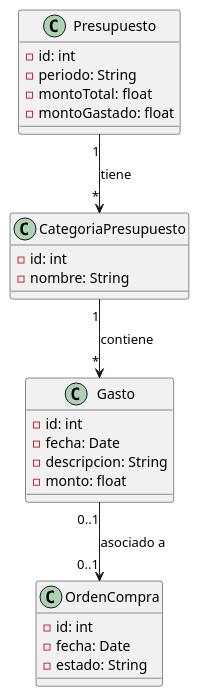
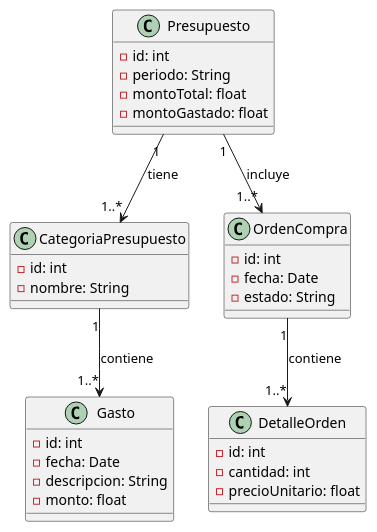
Before and after one commit to mmasias/25-26-IDSW1: the diagram in entregas/atecaAlejandro/reto-001/Presupuesto.puml, drawn with PlantUML. The commit also changed 1 other file, not shown here.

Commit message:
Presupuesto

```diff
--- a/entregas/atecaAlejandro/reto-001/Presupuesto.puml
+++ b/entregas/atecaAlejandro/reto-001/Presupuesto.puml
@@ -1,32 +1,41 @@
 @startuml
 
 class Presupuesto {
     - id: int
     - periodo: String
     - montoTotal: float
     - montoGastado: float
 }
 
 class CategoriaPresupuesto {
     - id: int
     - nombre: String
 }
 
 class Gasto {
     - id: int
     - fecha: Date
     - descripcion: String
     - monto: float
 }
 
 class OrdenCompra {
     - id: int
     - fecha: Date
     - estado: String
 }
 
-Presupuesto "1" --> "*" CategoriaPresupuesto : tiene
-CategoriaPresupuesto "1" --> "*" Gasto : contiene
-Gasto "0..1" --> "0..1" OrdenCompra : asociado a
+class DetalleOrden {
+    ' Aquí puedes añadir atributos si lo deseas
+    - id: int
+    - cantidad: int
+    - precioUnitario: float
+}
+
+' Relaciones
+Presupuesto "1" --> "1..*" CategoriaPresupuesto : tiene
+CategoriaPresupuesto "1" --> "1..*" Gasto : contiene
+Presupuesto "1" --> "1..*" OrdenCompra : incluye
+OrdenCompra "1" --> "1..*" DetalleOrden : contiene
 
 @enduml
```
